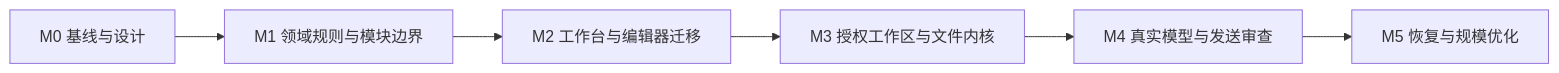
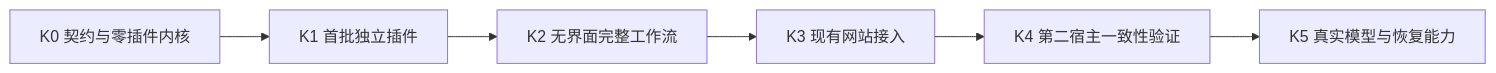
One commit to OttoBlues/editor changed the diagram in docs/architecture/implementation-plan.md. Above: the diagram before and after it, drawn with Mermaid. The commit also changed other lines of this file and 5 other files, not shown here.

Commit message:
docs: center architecture on portable kernel and independent plugins

````diff
--- a/docs/architecture/implementation-plan.md
+++ b/docs/architecture/implementation-plan.md
@@ -7,8 +7,8 @@
 ```mermaid
 flowchart LR
-  M0[M0 基线与设计] --> M1[M1 领域规则与模块边界]
-  M1 --> M2[M2 工作台与编辑器迁移]
-  M2 --> M3[M3 授权工作区与文件内核]
-  M3 --> M4[M4 真实模型与发送审查]
-  M4 --> M5[M5 恢复与规模优化]
+  K0[K0 契约与零插件内核] --> K1[K1 首批独立插件]
+  K1 --> K2[K2 无界面完整工作流]
+  K2 --> K3[K3 现有网站接入]
+  K3 --> K4[K4 第二宿主一致性验证]
+  K4 --> K5[K5 真实模型与恢复能力]
 ```
````
